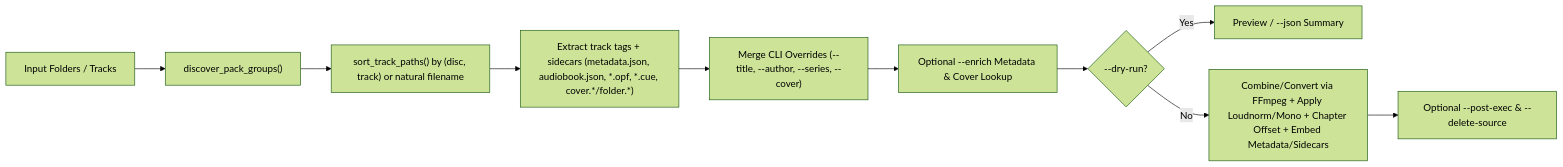
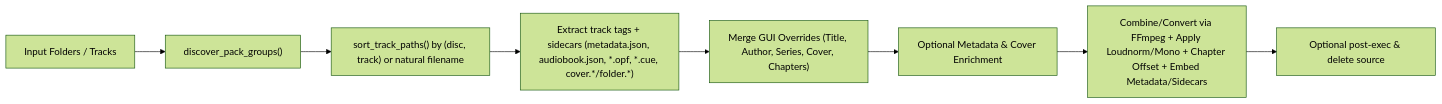
Before and after one commit to AndersonDiego42/audiobook-dl: the second of 3 diagrams in docs/workflows.md, drawn with Mermaid (forest theme). The commit also changed other lines of this file and 87 other files, not shown here.

````diff
--- a/docs/workflows.md
+++ b/docs/workflows.md
@@ -53,12 +53,10 @@
 ```mermaid
 flowchart LR
     In["Input Folders / Tracks"] --> Discover["discover_pack_groups()"]
     Discover --> Sort["sort_track_paths() by (disc, track) or natural filename"]
     Sort --> ReadMeta["Extract track tags + sidecars (metadata.json, audiobook.json, *.opf, *.cue, cover.*/folder.*)"]
-    ReadMeta --> Merge["Merge CLI Overrides (--title, --author, --series, --cover)"]
-    Merge --> Enrich["Optional --enrich Metadata & Cover Lookup"]
-    Enrich --> DryRun{"--dry-run?"}
-    DryRun -- Yes --> Report["Preview / --json Summary"]
-    DryRun -- No --> Render["Combine/Convert via FFmpeg + Apply Loudnorm/Mono + Chapter Offset + Embed Metadata/Sidecars"]
-    Render --> Post["Optional --post-exec & --delete-source"]
+    ReadMeta --> Merge["Merge GUI Overrides (Title, Author, Series, Cover, Chapters)"]
+    Merge --> Enrich["Optional Metadata & Cover Enrichment"]
+    Enrich --> Render["Combine/Convert via FFmpeg + Apply Loudnorm/Mono + Chapter Offset + Embed Metadata/Sidecars"]
+    Render --> Post["Optional post-exec & delete source"]
 ```
````
